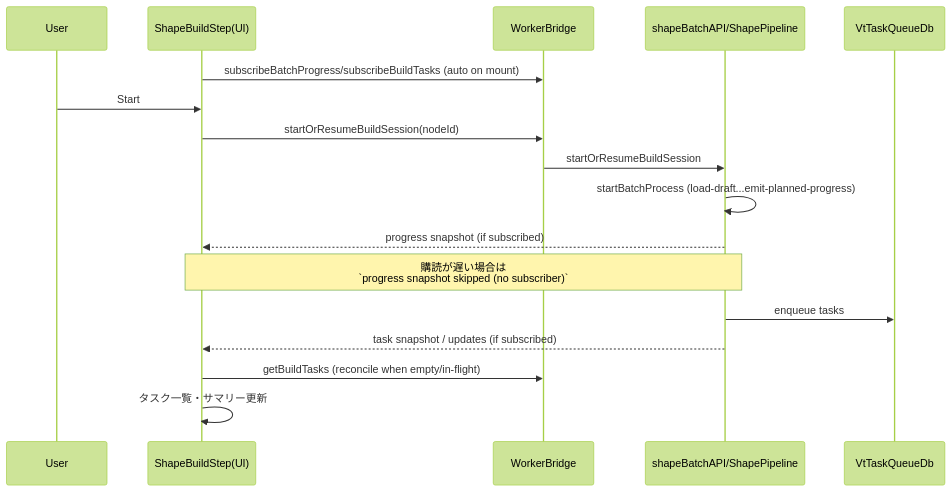
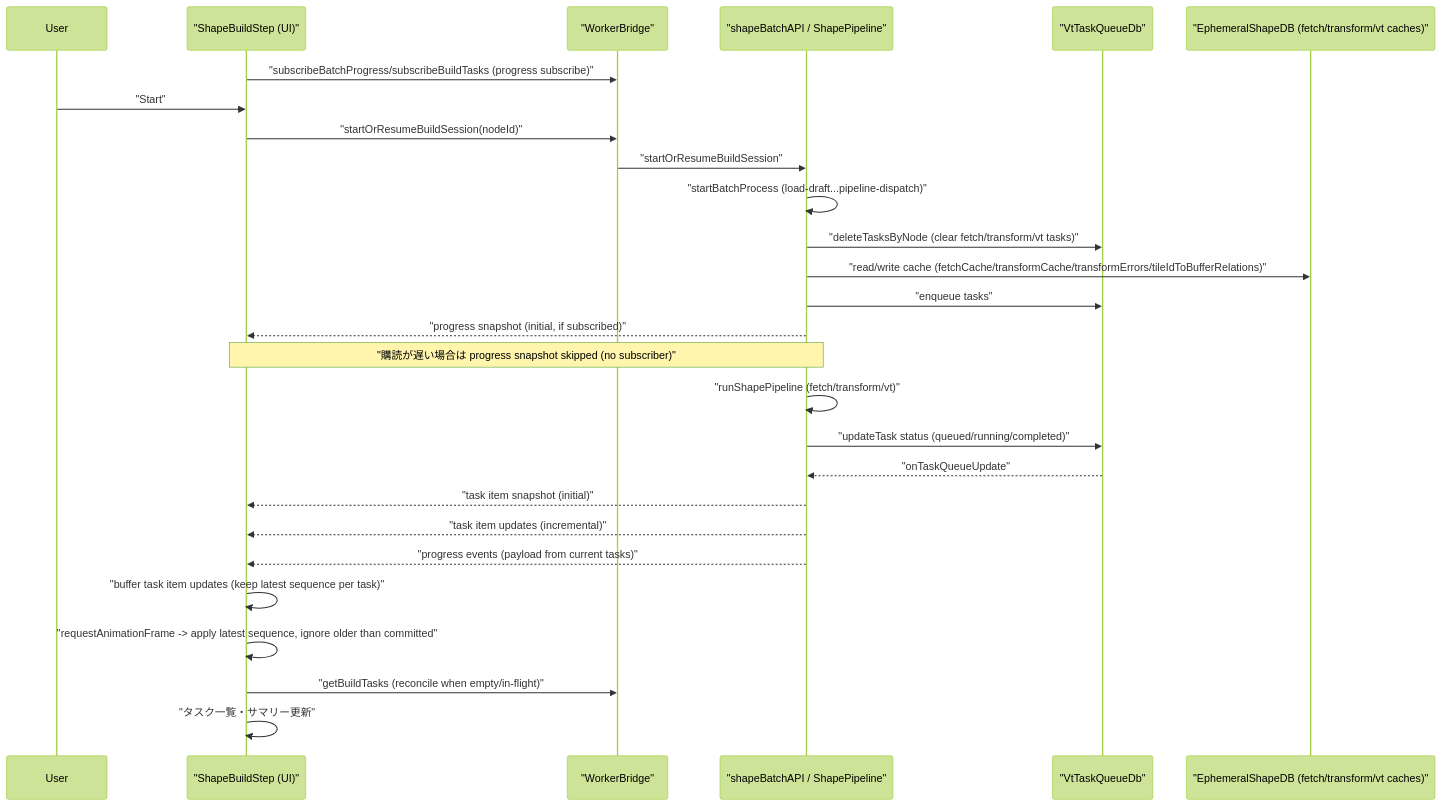
One commit to kubohiroya/hierarchidb changed the fifth of 5 diagrams in plugins/shape-plugin/docs/DIALOG_FLOW_AND_STATE_TRANSITIONS.md. Above: the diagram before and after it, drawn with Mermaid (forest theme). The commit also changed other lines of this file and 1 other file, not shown here.

Commit message:
docs(shape): refine build progress sequence notes (#284)

````diff
--- a/plugins/shape-plugin/docs/DIALOG_FLOW_AND_STATE_TRANSITIONS.md
+++ b/plugins/shape-plugin/docs/DIALOG_FLOW_AND_STATE_TRANSITIONS.md
@@ -198,20 +202,30 @@
 ```mermaid
 sequenceDiagram
   participant User
-  participant UI as ShapeBuildStep(UI)
-  participant Bridge as WorkerBridge
-  participant Worker as shapeBatchAPI/ShapePipeline
-  participant Queue as VtTaskQueueDb
+  participant UI as "ShapeBuildStep (UI)"
+  participant Bridge as "WorkerBridge"
+  participant Worker as "shapeBatchAPI / ShapePipeline"
+  participant Queue as "VtTaskQueueDb"
+  participant Cache as "EphemeralShapeDB (fetch/transform/vt caches)"
 
-  UI->>Bridge: subscribeBatchProgress/subscribeBuildTasks (auto on mount)
-  User->>UI: Start
-  UI->>Bridge: startOrResumeBuildSession(nodeId)
-  Bridge->>Worker: startOrResumeBuildSession
-  Worker->>Worker: startBatchProcess (load-draft...emit-planned-progress)
-  Worker-->>UI: progress snapshot (if subscribed)
-  Note over Worker,UI: 購読が遅い場合は<br/>`progress snapshot skipped (no subscriber)`
-  Worker->>Queue: enqueue tasks
-  Worker-->>UI: task snapshot / updates (if subscribed)
-  UI->>Bridge: getBuildTasks (reconcile when empty/in-flight)
-  UI->>UI: タスク一覧・サマリー更新
+  UI->>Bridge: "subscribeBatchProgress/subscribeBuildTasks (progress subscribe)"
+  User->>UI: "Start"
+  UI->>Bridge: "startOrResumeBuildSession(nodeId)"
+  Bridge->>Worker: "startOrResumeBuildSession"
+  Worker->>Worker: "startBatchProcess (load-draft...pipeline-dispatch)"
+  Worker->>Queue: "deleteTasksByNode (clear fetch/transform/vt tasks)"
+  Worker->>Cache: "read/write cache (fetchCache/transformCache/transformErrors/tileIdToBufferRelations)"
+  Worker->>Queue: "enqueue tasks"
+  Worker-->>UI: "progress snapshot (initial, if subscribed)"
+  Note over Worker,UI: "購読が遅い場合は progress snapshot skipped (no subscriber)"
+  Worker->>Worker: "runShapePipeline (fetch/transform/vt)"
+  Worker->>Queue: "updateTask status (queued/running/completed)"
+  Queue-->>Worker: "onTaskQueueUpdate"
+  Worker-->>UI: "task item snapshot (initial)"
+  Worker-->>UI: "task item updates (incremental)"
+  Worker-->>UI: "progress events (payload from current tasks)"
+  UI->>UI: "buffer task item updates (keep latest sequence per task)"
+  UI->>UI: "requestAnimationFrame -> apply latest sequence, ignore older than committed"
+  UI->>Bridge: "getBuildTasks (reconcile when empty/in-flight)"
+  UI->>UI: "タスク一覧・サマリー更新"
 ```
````
